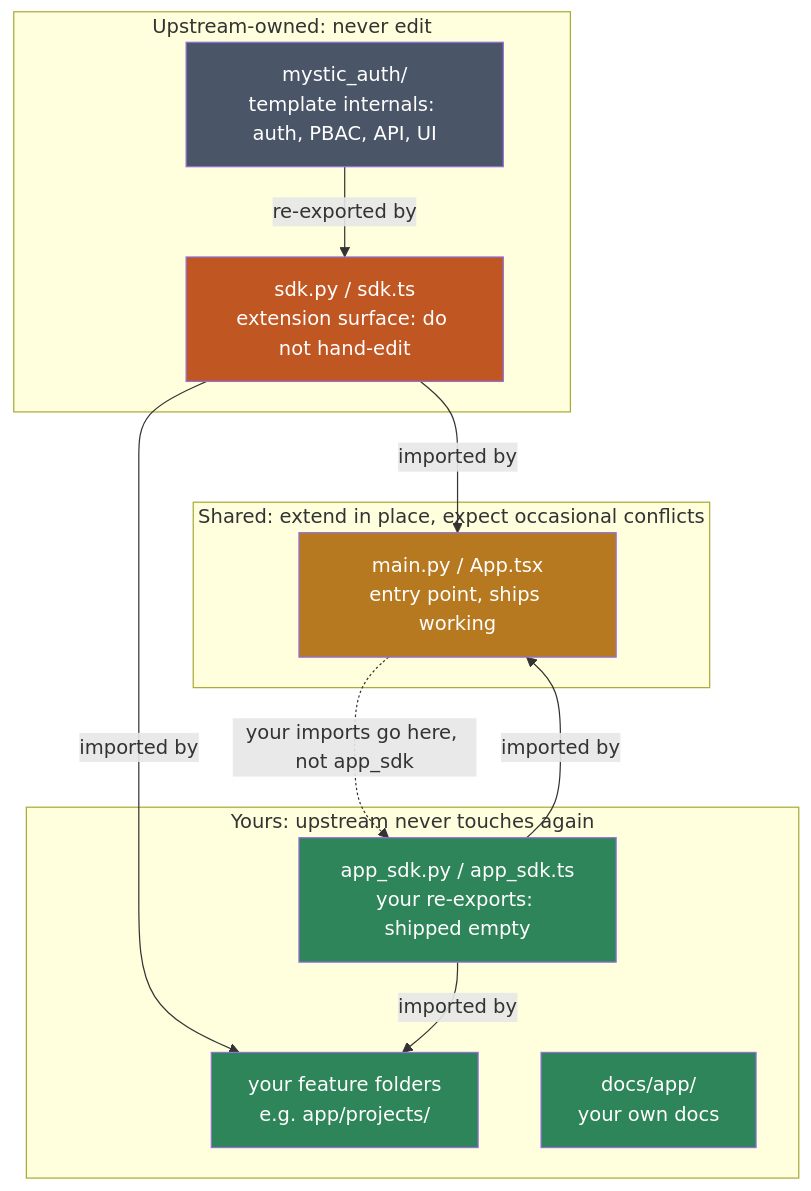
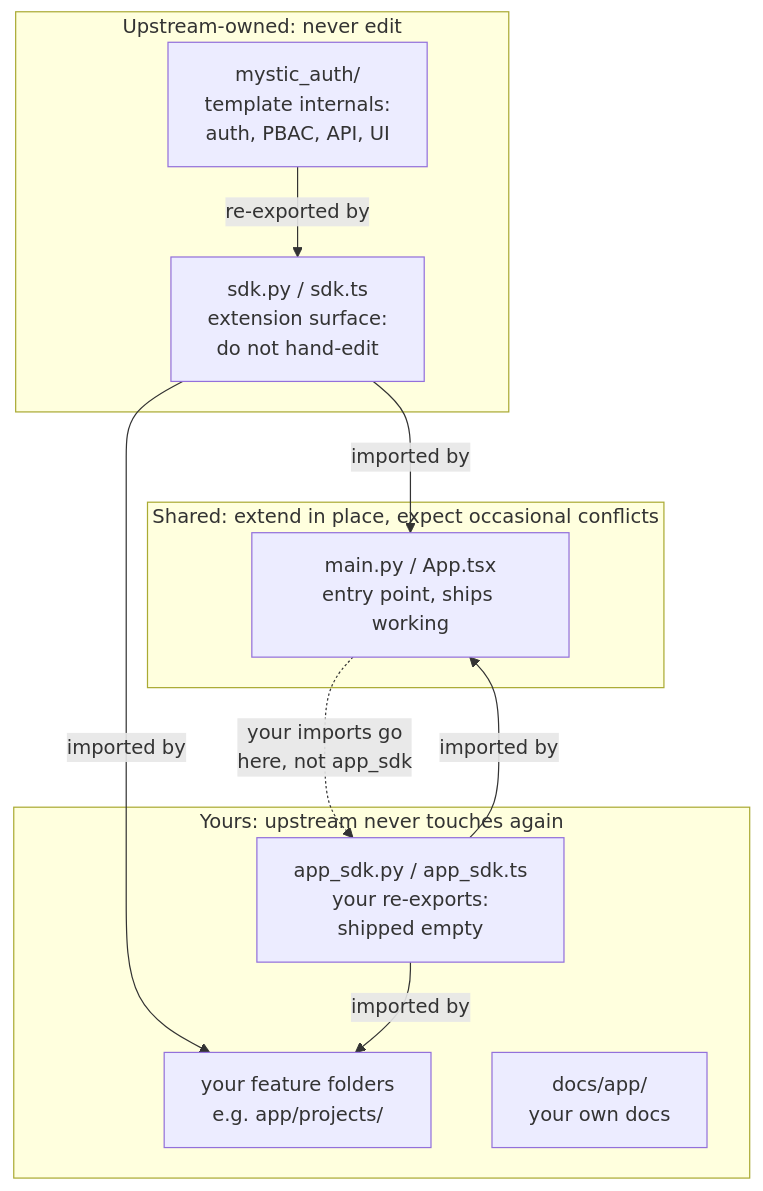
Before and after one commit to Nachiket-2024/mystic-auth: the diagram in docs/mystic_auth/template-usage/overview.md, drawn with Mermaid. The commit also changed other lines of this file and 305 other files, not shown here.

````diff
--- a/docs/mystic_auth/template-usage/overview.md
+++ b/docs/mystic_auth/template-usage/overview.md
@@ -64,31 +64,24 @@
 ```mermaid
 flowchart TB
     subgraph upstream["Upstream-owned: never edit"]
-        MA["mystic_auth/\ntemplate internals: auth, PBAC, API, UI"]
-        SDK["sdk.py / sdk.ts\nextension surface: do not hand-edit"]
+        MA["mystic_auth/<br/>template internals:<br/>auth, PBAC, API, UI"]
+        SDK["sdk.py / sdk.ts<br/>extension surface:<br/>do not hand-edit"]
     end
 
     subgraph shared["Shared: extend in place, expect occasional conflicts"]
-        ENTRY["main.py / App.tsx\nentry point, ships working"]
+        ENTRY["main.py / App.tsx<br/>entry point, ships working"]
     end
 
     subgraph yours["Yours: upstream never touches again"]
-        APPSDK["app_sdk.py / app_sdk.ts\nyour re-exports: shipped empty"]
-        FEATURES["your feature folders\ne.g. app/projects/"]
-        DOCSAPP["docs/app/\nyour own docs"]
+        APPSDK["app_sdk.py / app_sdk.ts<br/>your re-exports:<br/>shipped empty"]
+        FEATURES["your feature folders<br/>e.g. app/projects/"]
+        DOCSAPP["docs/app/<br/>your own docs"]
     end
 
     MA -->|re-exported by| SDK
     SDK -->|imported by| ENTRY
     SDK -->|imported by| FEATURES
     APPSDK -->|imported by| ENTRY
     APPSDK -->|imported by| FEATURES
-    ENTRY -.->|your imports go here, not app_sdk| APPSDK
-
-    style MA fill:#4a5568,color:#fff
-    style SDK fill:#c05621,color:#fff
-    style ENTRY fill:#b7791f,color:#fff
-    style APPSDK fill:#2f855a,color:#fff
-    style FEATURES fill:#2f855a,color:#fff
-    style DOCSAPP fill:#2f855a,color:#fff
+    ENTRY -.->|your imports go<br/>here, not app_sdk| APPSDK
 ```
````
